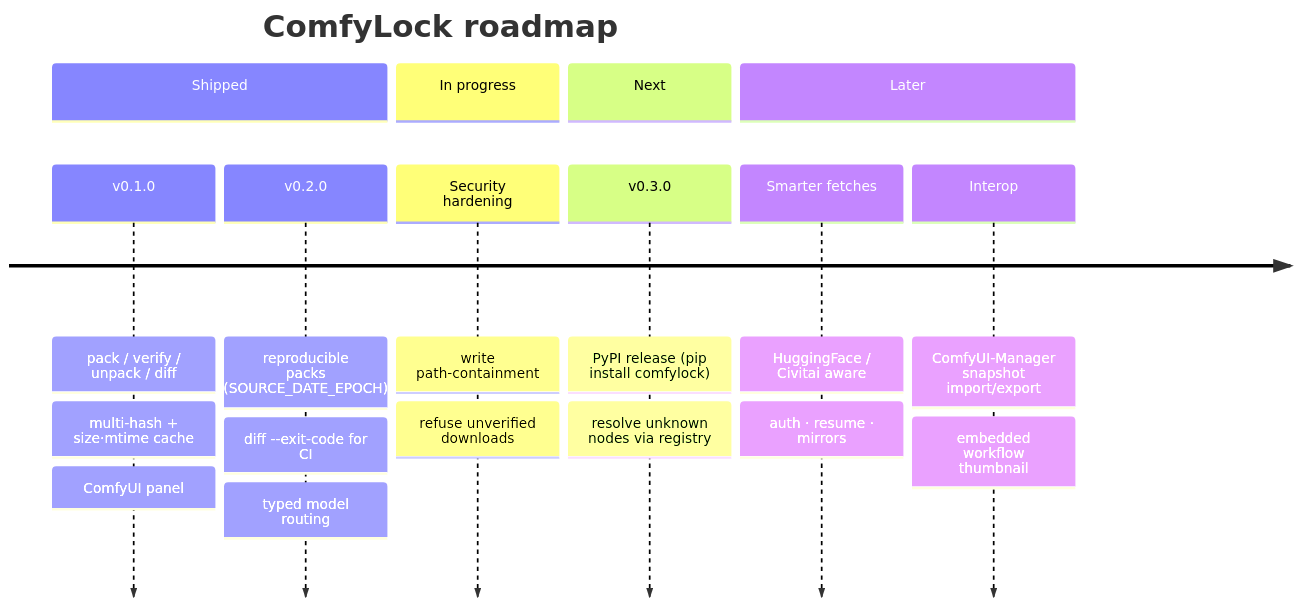
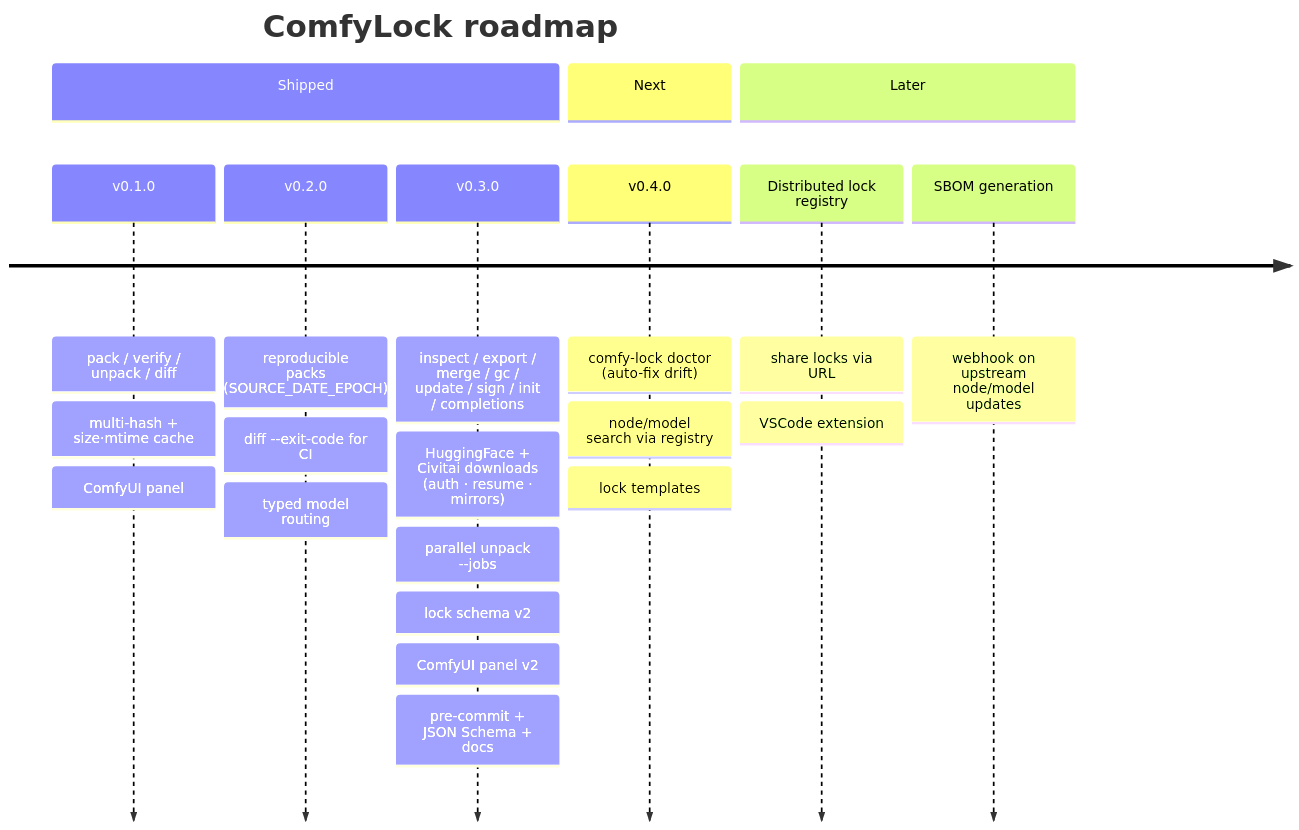
One commit to theot44240-tech/comfylock changed the second of 2 diagrams in README.md. Above: the diagram before and after it, drawn with Mermaid. The commit also changed other lines of this file and 49 other files, not shown here.

````diff
--- a/README.md
+++ b/README.md
@@ -456,14 +518,13 @@
 ```mermaid
 timeline
     title ComfyLock roadmap
     section Shipped
         v0.1.0 : pack / verify / unpack / diff : multi-hash + size·mtime cache : ComfyUI panel
         v0.2.0 : reproducible packs (SOURCE_DATE_EPOCH) : diff --exit-code for CI : typed model routing
-    section In progress
-        Security hardening : write path-containment : refuse unverified downloads
+        v0.3.0 : inspect / export / merge / gc / update / sign / init / completions : HuggingFace + Civitai downloads (auth · resume · mirrors) : parallel unpack --jobs : lock schema v2 : ComfyUI panel v2 : pre-commit + JSON Schema + docs
     section Next
-        v0.3.0 : PyPI release (pip install comfylock) : resolve unknown nodes via registry
+        v0.4.0 : comfy-lock doctor (auto-fix drift) : node/model search via registry : lock templates
     section Later
-        Smarter fetches : HuggingFace / Civitai aware : auth · resume · mirrors
-        Interop : ComfyUI-Manager snapshot import/export : embedded workflow thumbnail
+        Distributed lock registry : share locks via URL : VSCode extension
+        SBOM generation : webhook on upstream node/model updates
 ```
````
